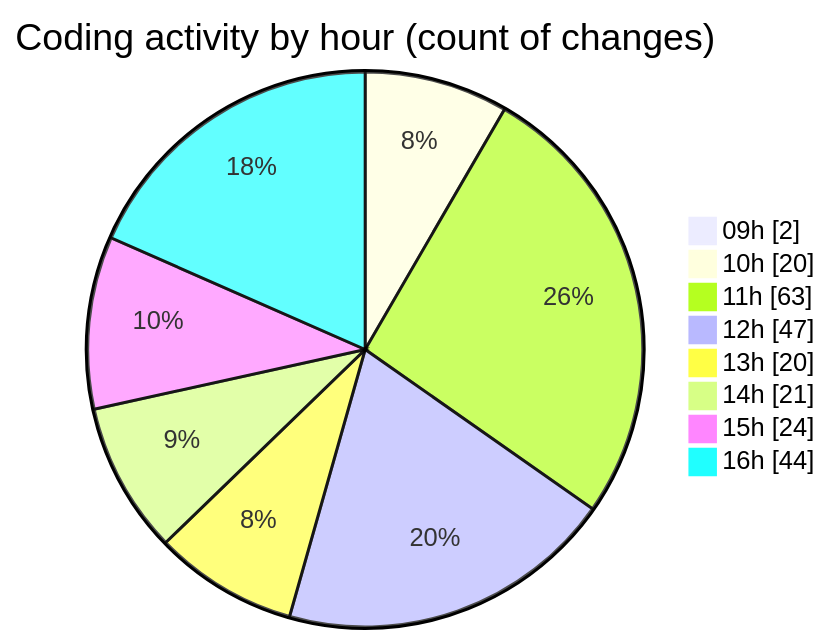
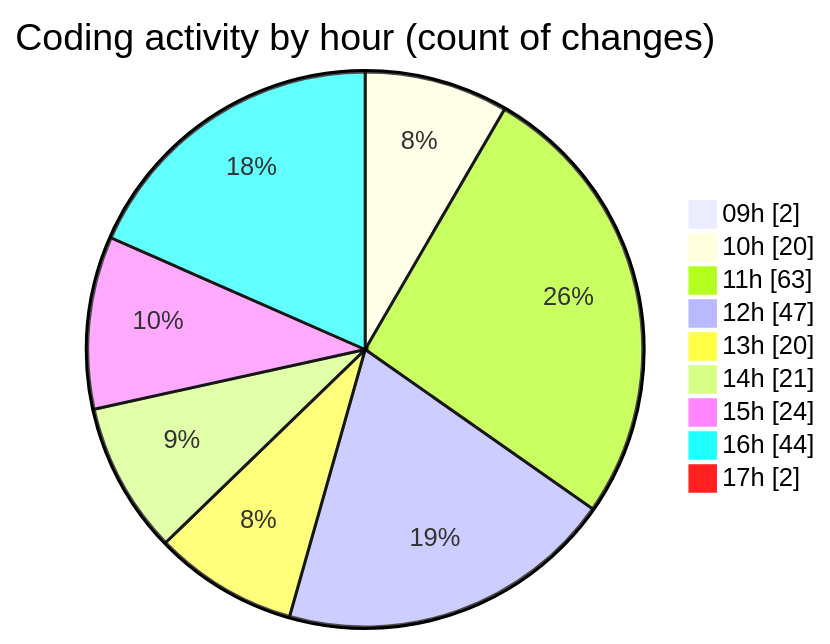
Before and after one commit to momahboobian/code-tracking: the second of 2 diagrams in 2025-04-08/cda/README.md, drawn with Mermaid. The commit also changed other lines of this file and 1 other file, not shown here.

````diff
--- a/2025-04-08/cda/README.md
+++ b/2025-04-08/cda/README.md
@@ -45,12 +46,13 @@
 ```mermaid
 pie showData
 title Coding activity by hour (count of changes)
 "09h" : 2
 "10h" : 20
 "11h" : 63
 "12h" : 47
 "13h" : 20
 "14h" : 21
 "15h" : 24
 "16h" : 44
+"17h" : 2
 ```
````
